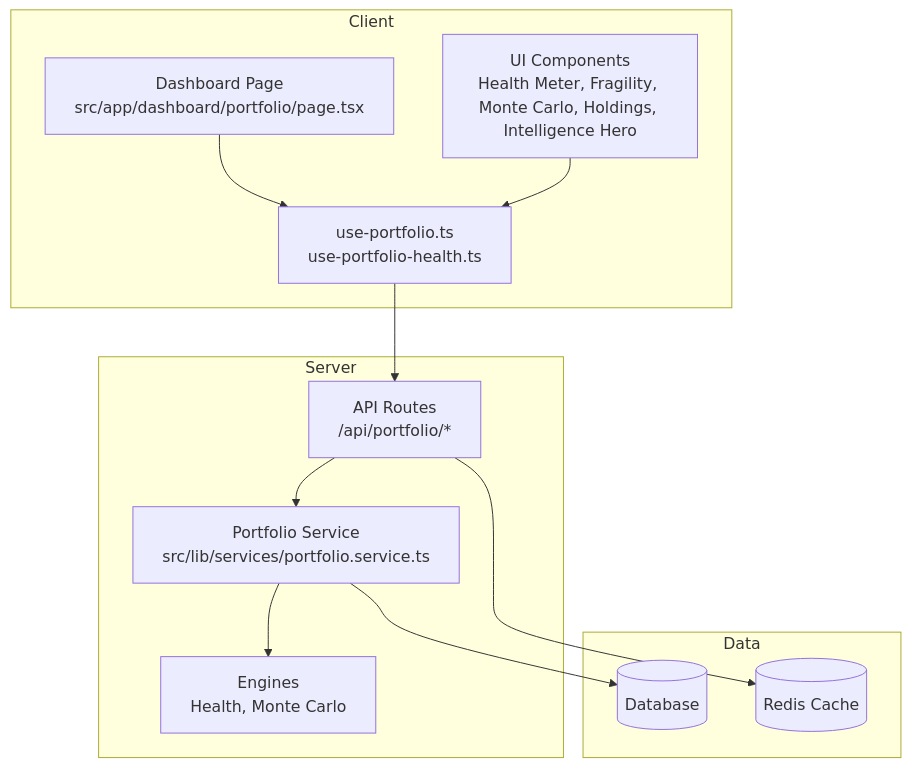
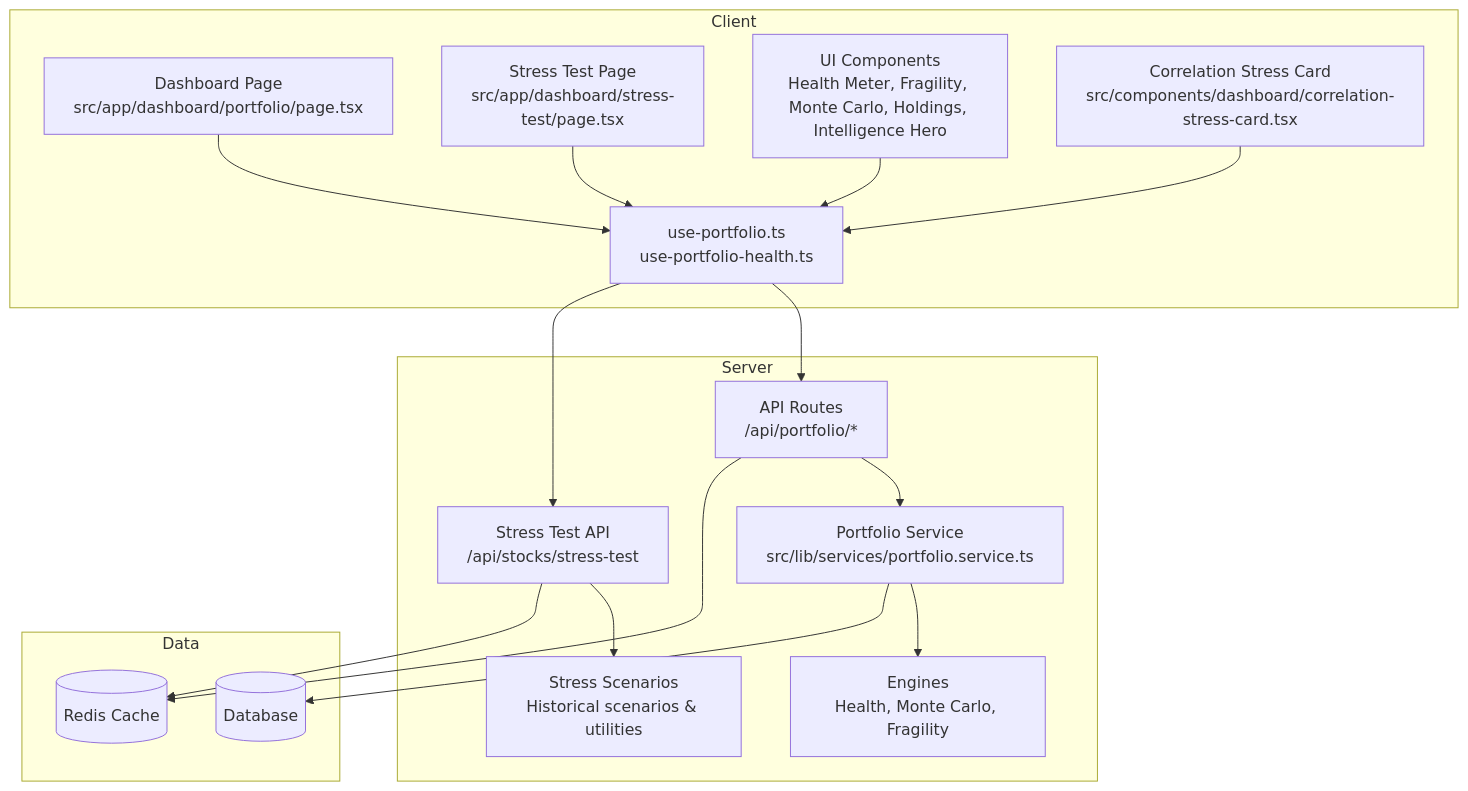
One commit to ecryptoguru/lyraalpha changed the first of 12 diagrams in .qoder/repowiki/en/content/Core Features/Portfolio Management/Portfolio Management.md. Above: the diagram before and after it, drawn with Mermaid. The commit also changed other lines of this file and 95 other files, not shown here.

````diff
--- a/.qoder/repowiki/en/content/Core Features/Portfolio Management/Portfolio Management.md
+++ b/.qoder/repowiki/en/content/Core Features/Portfolio Management/Portfolio Management.md
@@ -45,24 +61,33 @@
 ```mermaid
 graph TB
 subgraph "Client"
 UI_Dashboard["Dashboard Page<br/>src/app/dashboard/portfolio/page.tsx"]
+UI_StressTest["Stress Test Page<br/>src/app/dashboard/stress-test/page.tsx"]
 Hooks["use-portfolio.ts<br/>use-portfolio-health.ts"]
 Components["UI Components<br/>Health Meter, Fragility, Monte Carlo, Holdings, Intelligence Hero"]
+CorrelationCard["Correlation Stress Card<br/>src/components/dashboard/correlation-stress-card.tsx"]
 end
 subgraph "Server"
 API_Portfolios["API Routes<br/>/api/portfolio/*"]
+API_StressTest["Stress Test API<br/>/api/stocks/stress-test"]
 Service["Portfolio Service<br/>src/lib/services/portfolio.service.ts"]
-Engines["Engines<br/>Health, Monte Carlo"]
+Engines["Engines<br/>Health, Monte Carlo, Fragility"]
+StressScenarios["Stress Scenarios<br/>Historical scenarios & utilities"]
 end
 subgraph "Data"
 DB[("Database")]
 Cache[("Redis Cache")]
 end
 UI_Dashboard --> Hooks
+UI_StressTest --> Hooks
 Hooks --> API_Portfolios
+Hooks --> API_StressTest
 API_Portfolios --> Service
+API_StressTest --> StressScenarios
 Service --> Engines
 Service --> DB
 API_Portfolios --> Cache
+API_StressTest --> Cache
 Components --> Hooks
+CorrelationCard --> Hooks
 ```
````
